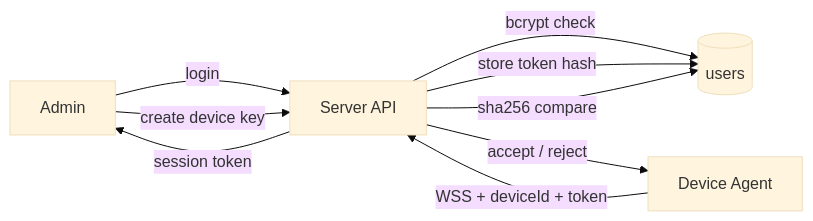
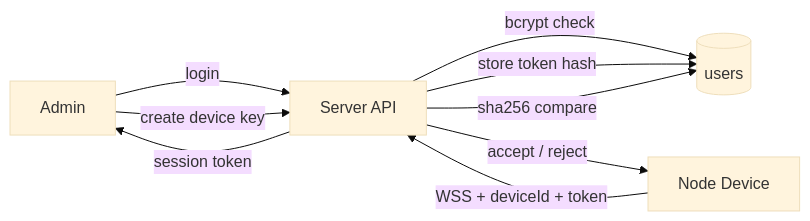
Before and after one commit to pcc-258/warpmesh: the third of 11 diagrams in docs/architecture.md, drawn with Mermaid (base theme). The commit also changed other lines of this file and 107 other files, not shown here.

First line of the commit message:
feat(node): replace native agent with node runtime, add Windows client and OTA updates

````diff
--- a/docs/architecture.md
+++ b/docs/architecture.md
@@ -96,11 +97,11 @@
 ```mermaid
 flowchart LR
     Admin[Admin] -->|login| API[Server API]
     API -->|bcrypt check| DB[(users)]
     API -->|session token| Admin
     Admin -->|create device key| API
     API -->|store token hash| DB
-    Agent[Device Agent] -->|WSS + deviceId + token| API
+    Node[Node Device] -->|WSS + deviceId + token| API
     API -->|sha256 compare| DB
-    API -->|accept / reject| Agent
+    API -->|accept / reject| Node
 ```
````
